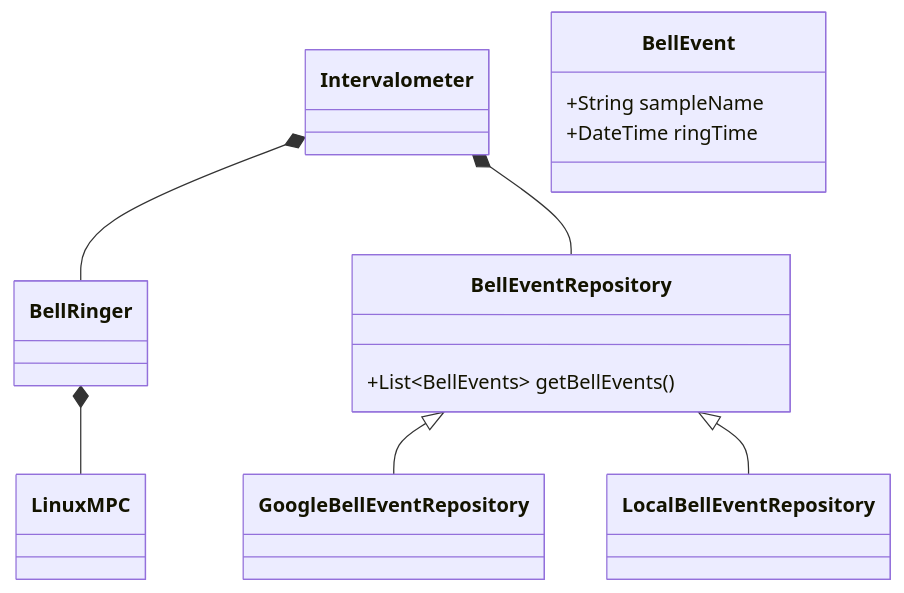
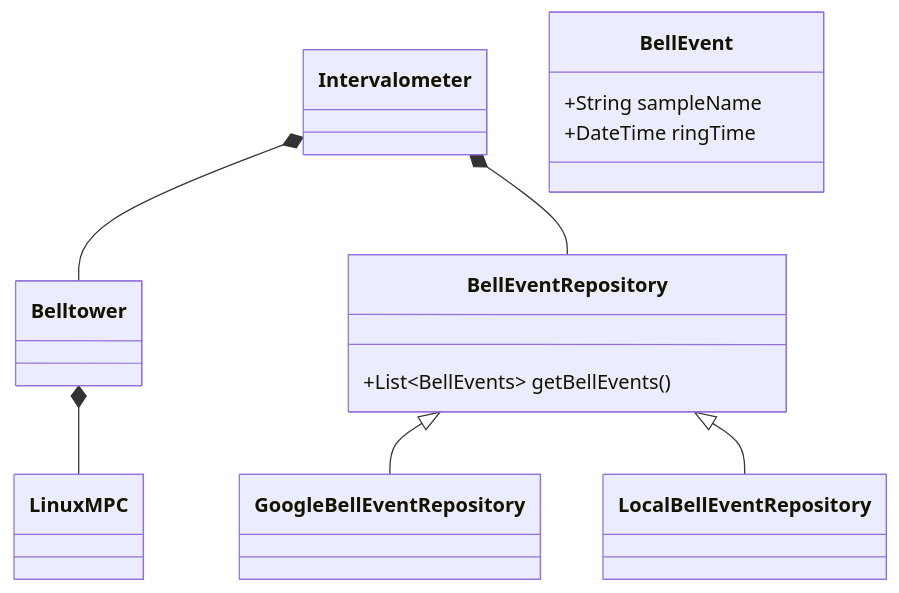
The diagram in server/README.md (jjfraney/bells), drawn with Mermaid before and after one commit. The commit also changed other lines of this file and 10 other files, not shown here.

Commit message:
Refactor BellTower to Belltower

````diff
--- a/server/README.md
+++ b/server/README.md
@@ -109,17 +109,17 @@
 ```mermaid
     classDiagram
-        class BellRinger
+        class Belltower
         class Intervalometer
         class BellEvent{
             +String sampleName
             +DateTime ringTime
         }
         class BellEventRepository{
             +List~BellEvents~ getBellEvents()
         }
-        BellRinger *-- LinuxMPC
-        Intervalometer *-- BellRinger
+        Belltower *-- LinuxMPC
+        Intervalometer *-- Belltower
         Intervalometer *--BellEventRepository
         BellEventRepository <|-- GoogleBellEventRepository
         BellEventRepository <|-- LocalBellEventRepository
 ```
````
